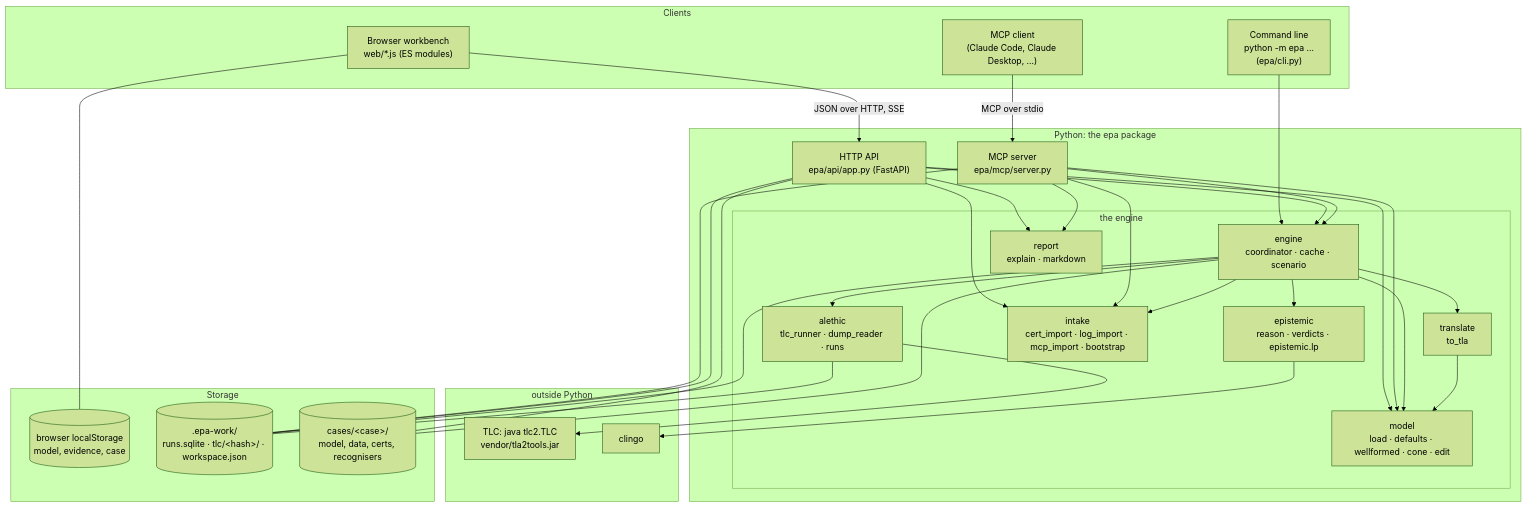
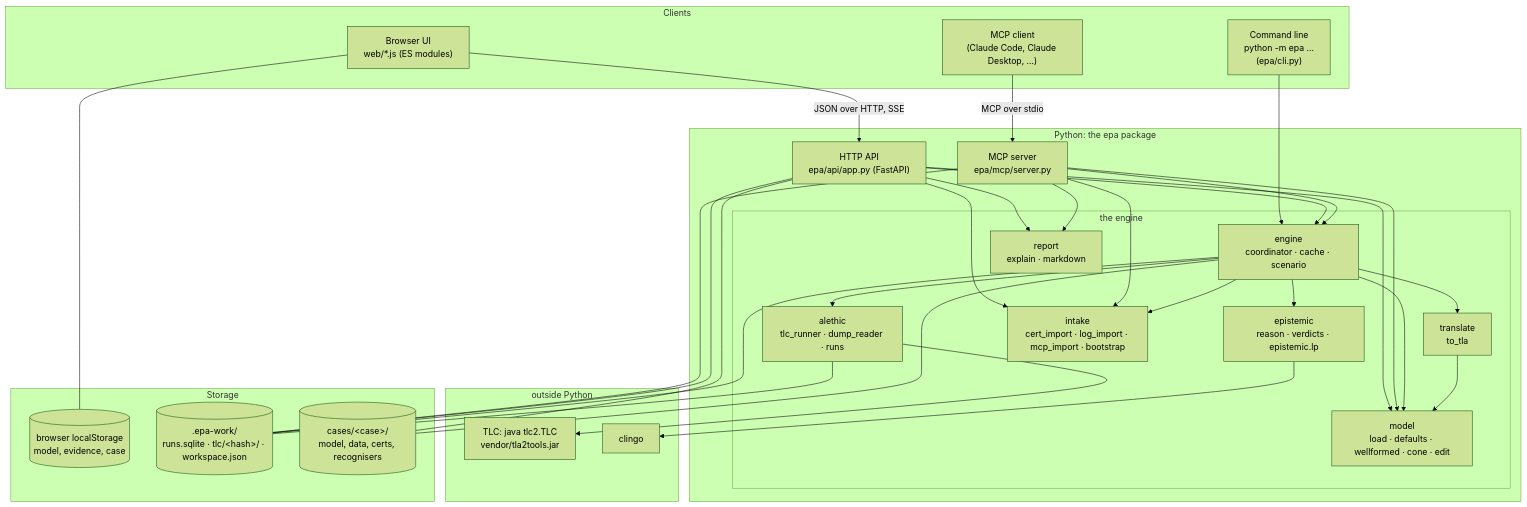
Before and after one commit to nmarci7/Bimodal-EPA: the first of 11 diagrams in docs/developer-guide.md, drawn with Mermaid (forest theme). The commit also changed other lines of this file and 49 other files, not shown here.

````diff
--- a/docs/developer-guide.md
+++ b/docs/developer-guide.md
@@ -31,46 +31,46 @@
 ```mermaid
 flowchart TB
   subgraph Clients
-    UI["Browser workbench<br/>web/*.js (ES modules)"]
+    UI["Browser UI<br/>web/*.js (ES modules)"]
     CLI["Command line<br/>python -m epa …<br/>(epa/cli.py)"]
     AS["MCP client<br/>(Claude Code, Claude Desktop, …)"]
   end
   subgraph Server["Python: the epa package"]
     API["HTTP API<br/>epa/api/app.py (FastAPI)"]
     MCP["MCP server<br/>epa/mcp/server.py"]
     subgraph Engine["the engine"]
       MODEL["model<br/>load · defaults · wellformed · cone · edit"]
       TR["translate<br/>to_tla"]
       AL["alethic<br/>tlc_runner · dump_reader · runs"]
       EP["epistemic<br/>reason · verdicts · epistemic.lp"]
       CO["engine<br/>coordinator · cache · scenario"]
       IN["intake<br/>cert_import · log_import · mcp_import · bootstrap"]
       RE["report<br/>explain · markdown"]
     end
   end
   subgraph Outside["outside Python"]
     TLC["TLC: java tlc2.TLC<br/>vendor/tla2tools.jar"]
     CL["clingo"]
   end
   subgraph Storage
     LS[("browser localStorage<br/>model, evidence, case")]
     WORK[(".epa-work/<br/>runs.sqlite · tlc/&lt;hash&gt;/ · workspace.json")]
     CASES[("cases/&lt;case&gt;/<br/>model, data, certs, recognisers")]
   end
   UI -- "JSON over HTTP, SSE" --> API
   UI --- LS
   AS -- "MCP over stdio" --> MCP
   CLI --> CO
   API --> CO & MODEL & IN & RE
   MCP --> CO & MODEL & IN & RE
   CO --> MODEL & TR & AL & EP & IN
   TR --> MODEL
   AL --> TLC
   EP --> CL
   CO --- WORK
   AL --- WORK
   MCP --- WORK
   API --- WORK
   API --- CASES
   CO --- CASES
 ```
````
